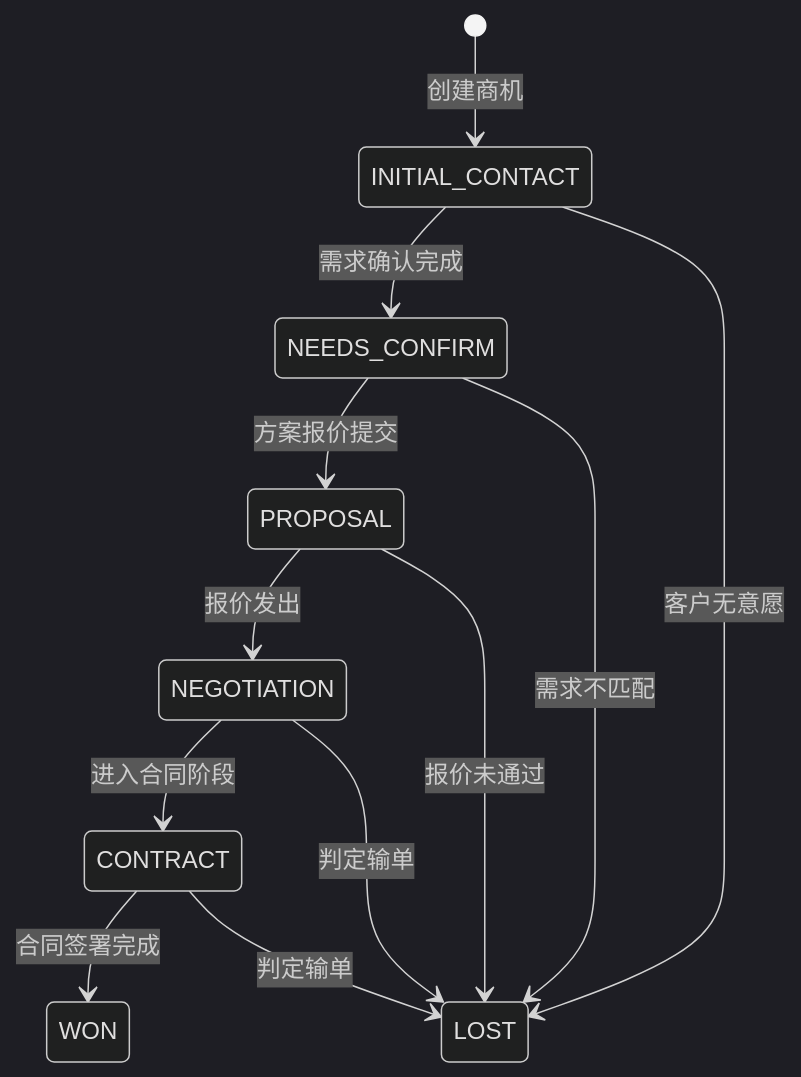
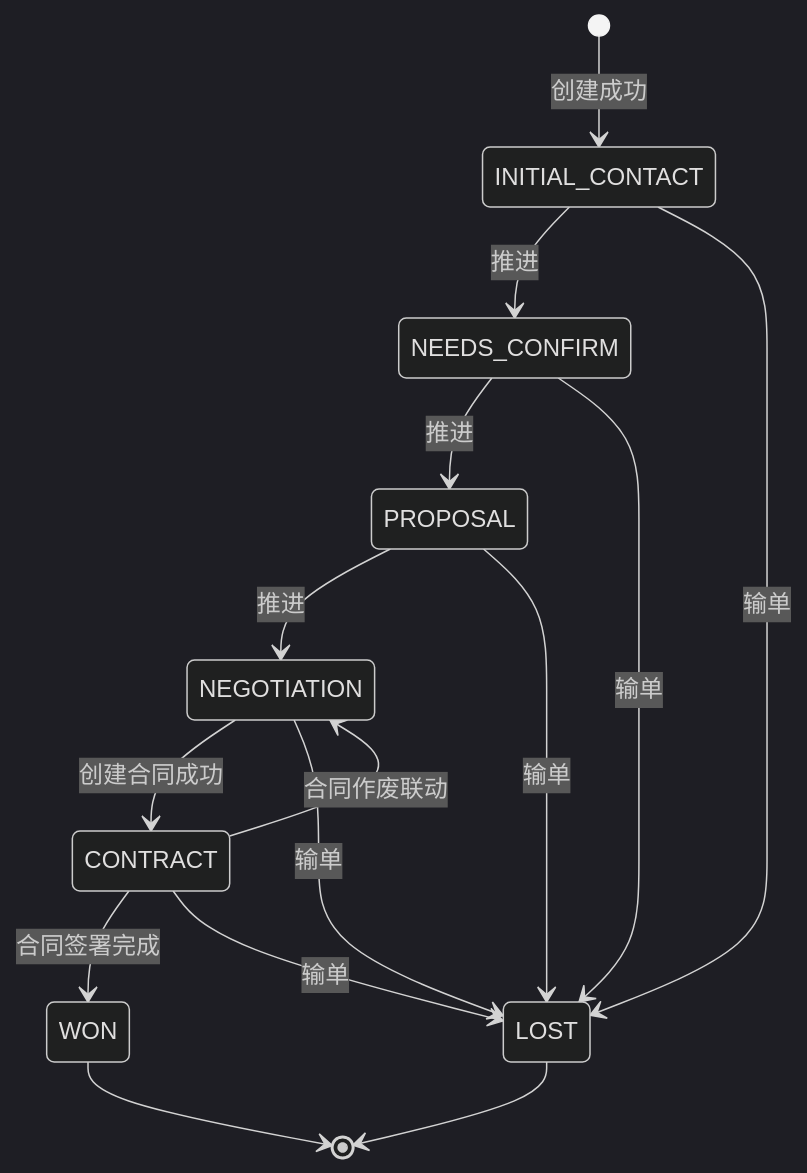
One commit to lophyJessica/forge-crm changed the second of 2 diagrams in prd-docs/商机管理/商机主PRD.md. Above: the diagram before and after it, drawn with Mermaid (dark theme). The commit also changed other lines of this file and 24 other files, not shown here.

````diff
--- a/prd-docs/商机管理/商机主PRD.md
+++ b/prd-docs/商机管理/商机主PRD.md
@@ -95,14 +222,17 @@
 ```mermaid
 stateDiagram-v2
-    [*] --> INITIAL_CONTACT : 创建商机
-    INITIAL_CONTACT --> NEEDS_CONFIRM : 需求确认完成
-    NEEDS_CONFIRM --> PROPOSAL : 方案报价提交
-    PROPOSAL --> NEGOTIATION : 报价发出
-    NEGOTIATION --> CONTRACT : 进入合同阶段
+    [*] --> INITIAL_CONTACT : 创建成功
+    INITIAL_CONTACT --> NEEDS_CONFIRM : 推进
+    NEEDS_CONFIRM --> PROPOSAL : 推进
+    PROPOSAL --> NEGOTIATION : 推进
+    NEGOTIATION --> CONTRACT : 创建合同成功
     CONTRACT --> WON : 合同签署完成
-    CONTRACT --> LOST : 判定输单
-    NEGOTIATION --> LOST : 判定输单
-    PROPOSAL --> LOST : 报价未通过
-    NEEDS_CONFIRM --> LOST : 需求不匹配
-    INITIAL_CONTACT --> LOST : 客户无意愿
+    INITIAL_CONTACT --> LOST : 输单
+    NEEDS_CONFIRM --> LOST : 输单
+    PROPOSAL --> LOST : 输单
+    NEGOTIATION --> LOST : 输单
+    CONTRACT --> LOST : 输单
+    CONTRACT --> NEGOTIATION : 合同作废联动
+    WON --> [*]
+    LOST --> [*]
 ```
````
